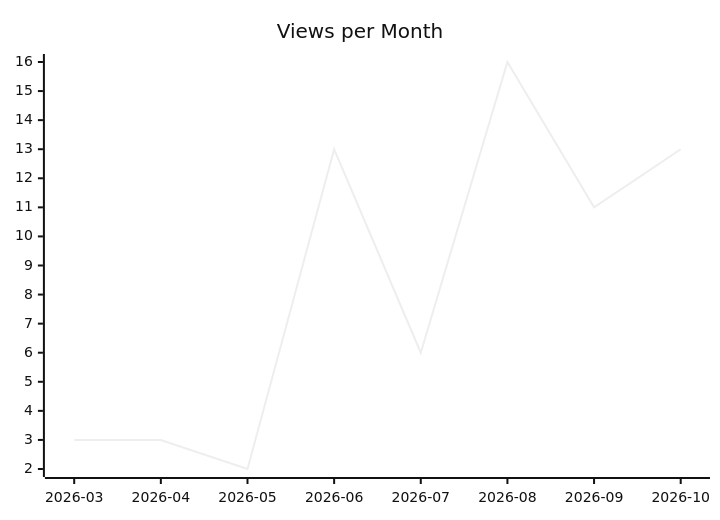
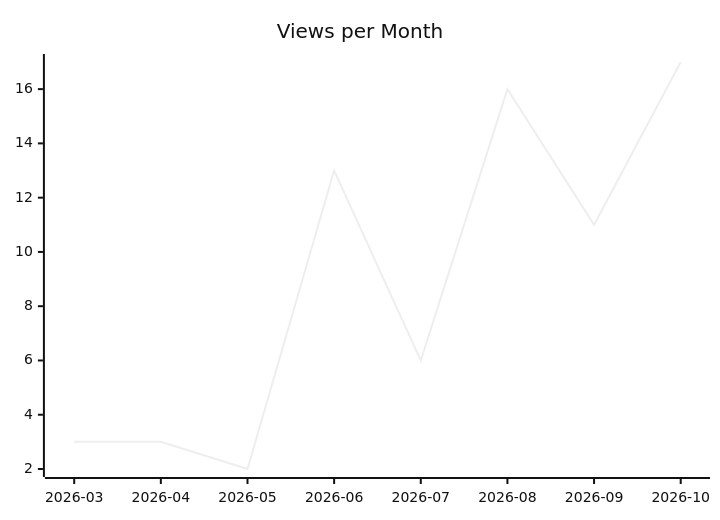
The second of 3 diagrams in karlmdavis/rps-tourney/README.md (justdavis-family/github-analytics-data), drawn with Mermaid (neutral theme) before and after one commit. The commit also changed other lines of this file and 200 other files, not shown here.

````diff
--- a/karlmdavis/rps-tourney/README.md
+++ b/karlmdavis/rps-tourney/README.md
@@ -12,6 +12,6 @@
 ```mermaid
 xychart-beta
   title "Views per Month"
   x-axis ["2026-03", "2026-04", "2026-05", "2026-06", "2026-07", "2026-08", "2026-09", "2026-10"]
-  line [3, 3, 2, 13, 6, 16, 11, 13]
+  line [3, 3, 2, 13, 6, 16, 11, 17]
 ```
````
